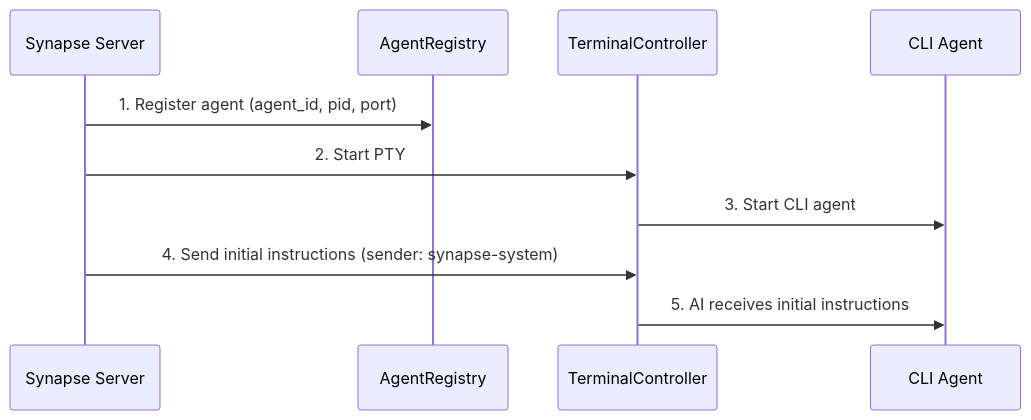
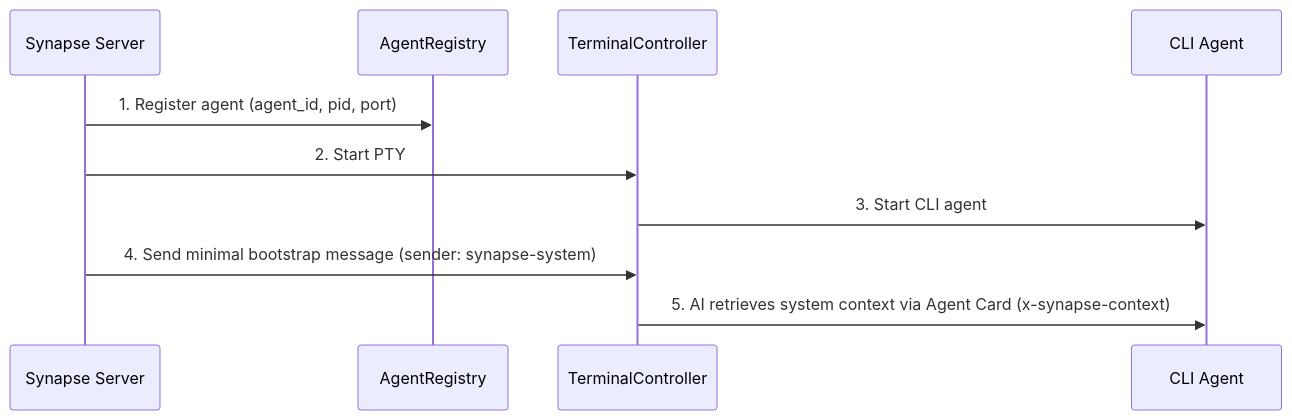
The second of 5 diagrams in README.md (s-hiraoku/synapse-a2a), drawn with Mermaid before and after one commit. The commit also changed other lines of this file and 4 other files, not shown here.

First line of the commit message:
docs: add x-synapse-context Agent Card extension documentation

````diff
--- a/README.md
+++ b/README.md
@@ -494,13 +495,13 @@
 ```mermaid
 sequenceDiagram
     participant Synapse as Synapse Server
     participant Registry as AgentRegistry
     participant PTY as TerminalController
     participant CLI as CLI Agent
 
     Synapse->>Registry: 1. Register agent (agent_id, pid, port)
     Synapse->>PTY: 2. Start PTY
     PTY->>CLI: 3. Start CLI agent
-    Synapse->>PTY: 4. Send initial instructions (sender: synapse-system)
-    PTY->>CLI: 5. AI receives initial instructions
+    Synapse->>PTY: 4. Send minimal bootstrap message (sender: synapse-system)
+    PTY->>CLI: 5. AI retrieves system context via Agent Card (x-synapse-context)
 ```
````
